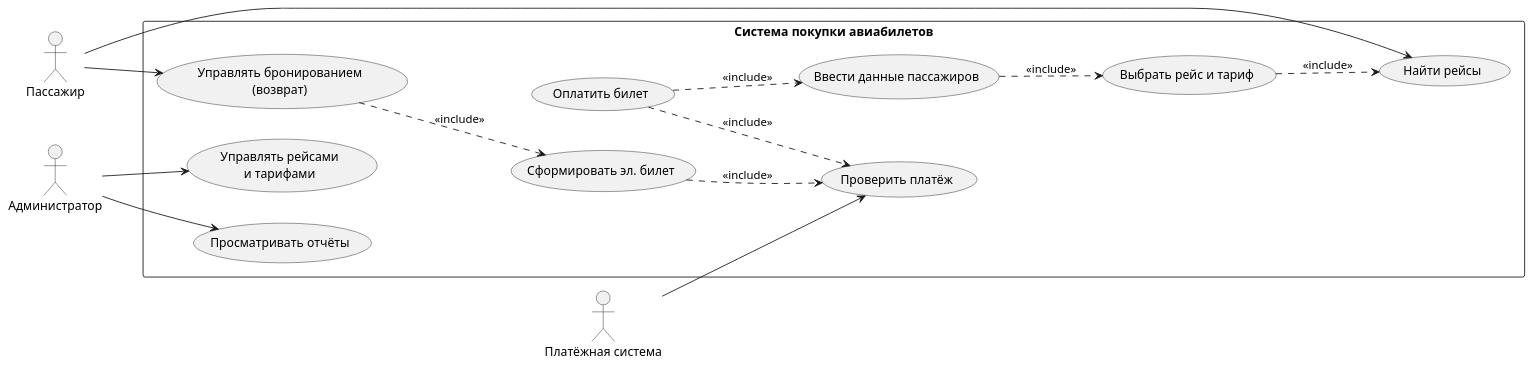
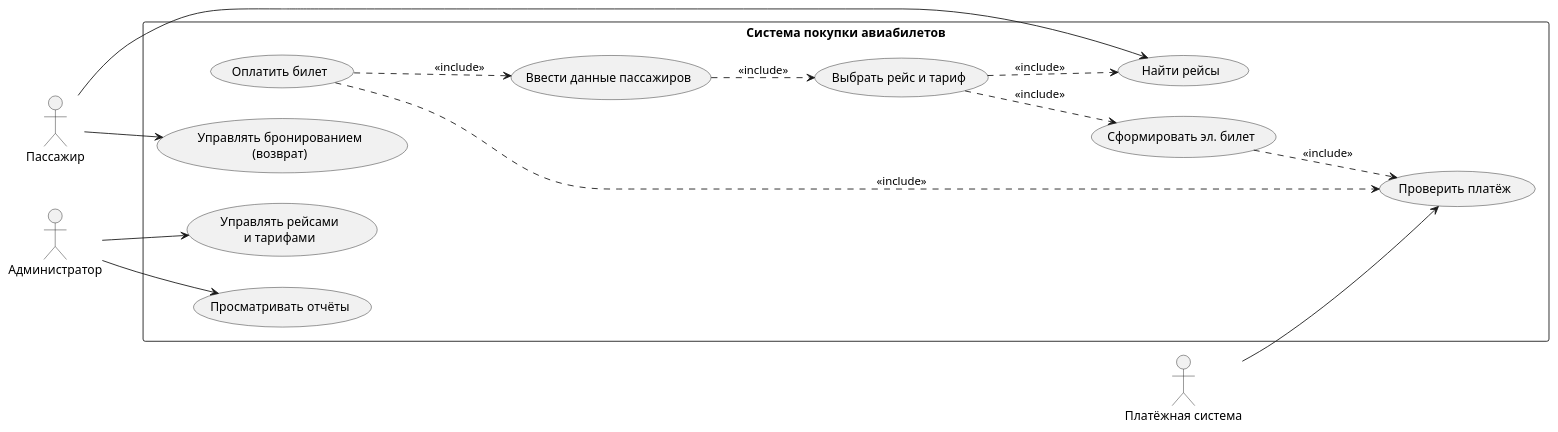
Before and after one commit to ivtecture/srs: the diagram in srs_aviobileti.md, drawn with PlantUML. The commit also changed other lines of this file, not shown here.

````diff
--- a/srs_aviobileti.md
+++ b/srs_aviobileti.md
@@ -205,33 +209,33 @@
 ```plantuml
 @startuml
 left to right direction
 
 actor "Пассажир" as User
 actor "Администратор" as Admin
 actor "Платёжная система" as Pay
 
 rectangle "Система покупки авиабилетов" {
   usecase "Найти рейсы" as UC1
   usecase "Выбрать рейс и тариф" as UC2
   usecase "Ввести данные пассажиров" as UC3
   usecase "Оплатить билет" as UC4
   usecase "Проверить платёж" as UC5
   usecase "Сформировать эл. билет" as UC6
   usecase "Управлять бронированием\n(возврат)" as UC7
   usecase "Управлять рейсами\nи тарифами" as UC8
   usecase "Просматривать отчёты" as UC9
 }
 
 User --> UC1
 User --> UC7
 Admin --> UC8
 Admin --> UC9
 UC2 ..> UC1 : <<include>>
 UC3 ..> UC2 : <<include>>
 UC4 ..> UC3 : <<include>>
 UC4 ..> UC5 : <<include>>
 UC6 ..> UC5 : <<include>>
-UC7 ..> UC6 : <<include>>
+UC2 ..> UC6 : <<include>>
 Pay --> UC5
 @enduml
 ```
````
